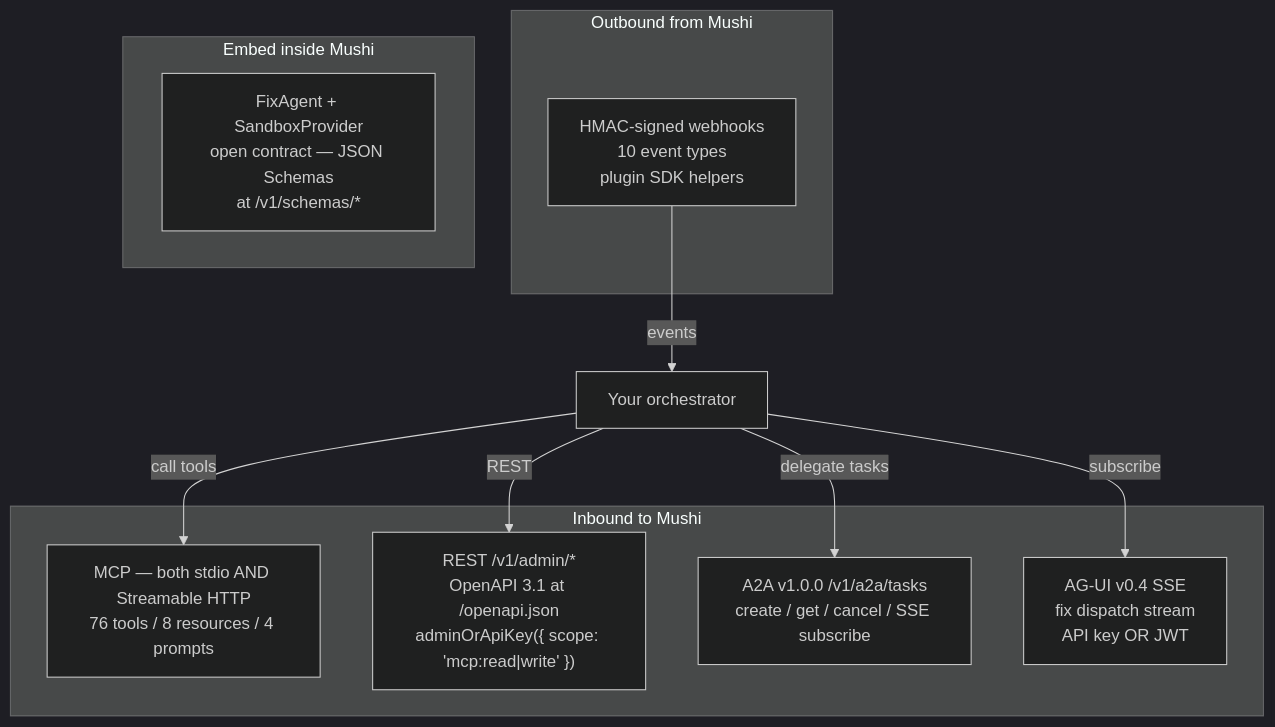
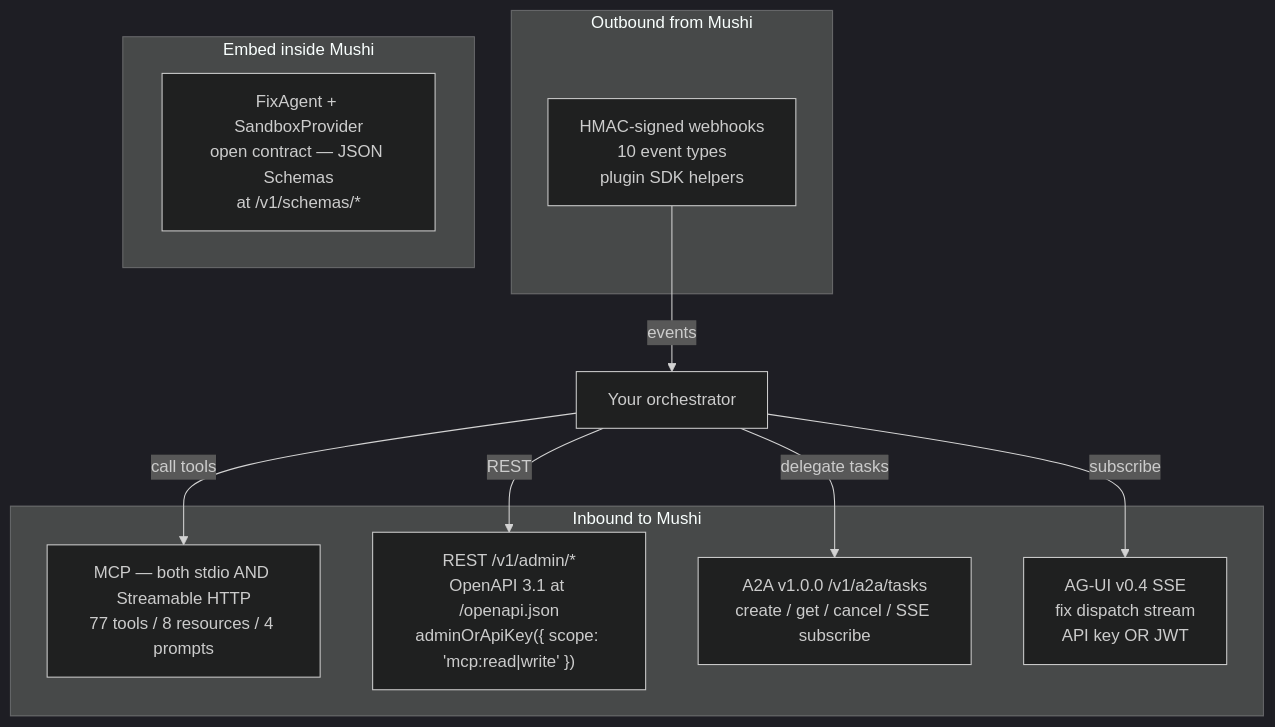
Before and after one commit to kensaurus/mushi-mushi: the diagram in apps/docs/content/concepts/orchestrator-interop.mdx, drawn with Mermaid (dark theme). The commit also changed other lines of this file and 35 other files, not shown here.

````diff
--- a/apps/docs/content/concepts/orchestrator-interop.mdx
+++ b/apps/docs/content/concepts/orchestrator-interop.mdx
@@ -32,20 +32,20 @@
 ```mermaid
 flowchart TB
   subgraph Inbound["Inbound to Mushi"]
-    MCP["MCP — both stdio AND Streamable HTTP<br/>76 tools / 8 resources / 4 prompts"]
+    MCP["MCP — both stdio AND Streamable HTTP<br/>77 tools / 8 resources / 4 prompts"]
     REST["REST /v1/admin/*<br/>OpenAPI 3.1 at /openapi.json<br/>adminOrApiKey({ scope: 'mcp:read|write' })"]
     A2A["A2A v1.0.0 /v1/a2a/tasks<br/>create / get / cancel / SSE subscribe"]
     AGUI["AG-UI v0.4 SSE<br/>fix dispatch stream<br/>API key OR JWT"]
   end
   subgraph Outbound["Outbound from Mushi"]
     Hooks["HMAC-signed webhooks<br/>10 event types<br/>plugin SDK helpers"]
   end
   subgraph Native["Embed inside Mushi"]
     FA["FixAgent + SandboxProvider<br/>open contract — JSON Schemas<br/>at /v1/schemas/*"]
   end
   Orch["Your orchestrator"] -->|"call tools"| MCP
   Orch -->|"REST"| REST
   Orch -->|"delegate tasks"| A2A
   Orch -->|"subscribe"| AGUI
   Hooks -->|"events"| Orch
 ```
````
